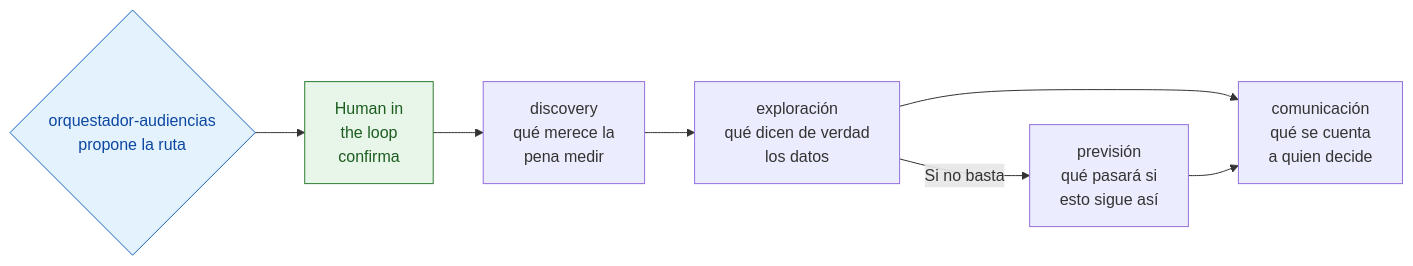
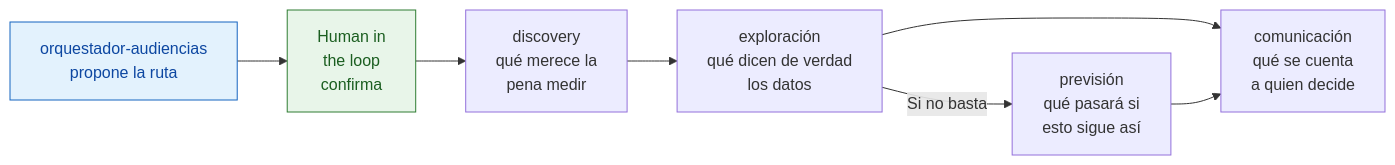
Before and after one commit to jleonceo/audience-analyst-swarm: the diagram in README.md, drawn with Mermaid. The commit also changed 1 other file, not shown here.

Commit message:
Esquema: el rombo se reserva para las decisiones
Una caja que no es una pregunta con dos salidas pasa a ser un rectángulo.

````diff
--- a/README.md
+++ b/README.md
@@ -28,11 +28,11 @@
 ```mermaid
 flowchart LR
-    O{orquestador-audiencias<br/>propone la ruta} --> H[Human in<br/>the loop<br/>confirma]
+    O[orquestador-audiencias<br/>propone la ruta] --> H[Human in<br/>the loop<br/>confirma]
     H --> D[discovery<br/>qué merece la<br/>pena medir]
     D --> E[exploración<br/>qué dicen de verdad<br/>los datos]
     E -->|Si no basta| P[previsión<br/>qué pasará si<br/>esto sigue así]
     E --> C[comunicación<br/>qué se cuenta<br/>a quien decide]
     P --> C
     style O fill:#e3f2fd,stroke:#1565c0,color:#0d47a1
     style H fill:#e8f5e9,stroke:#2e7d32,color:#1b5e20
 ```
````
